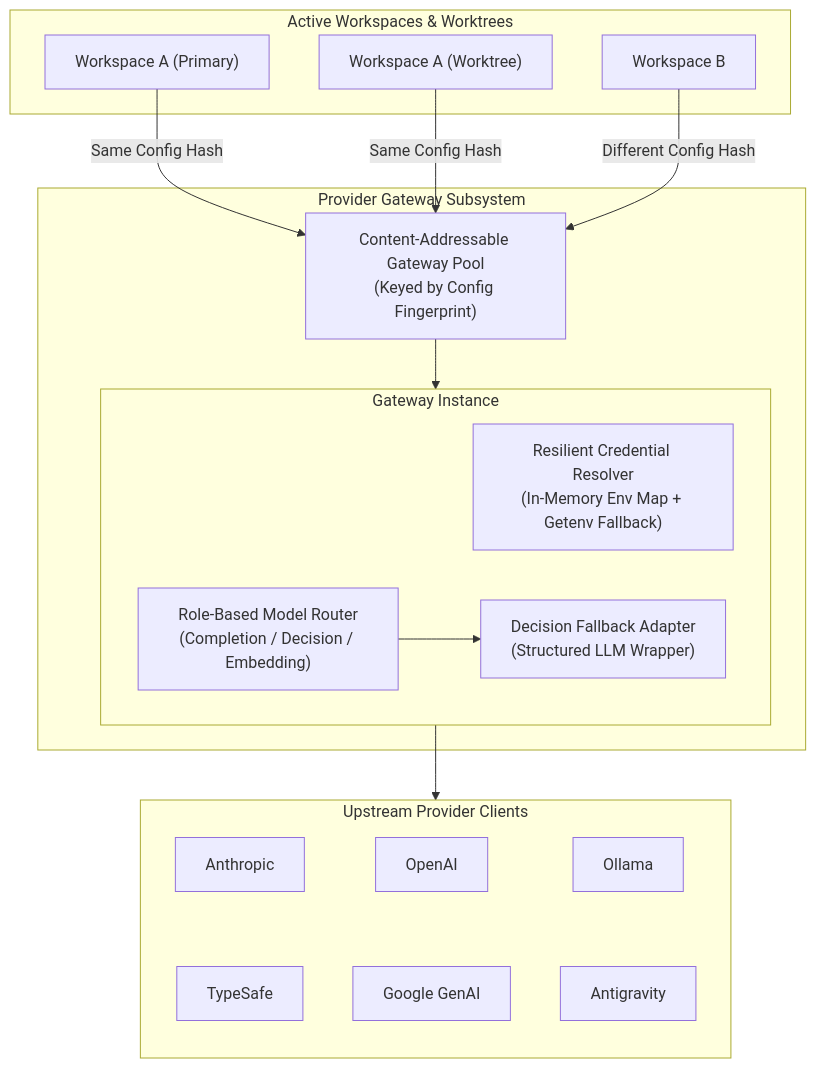
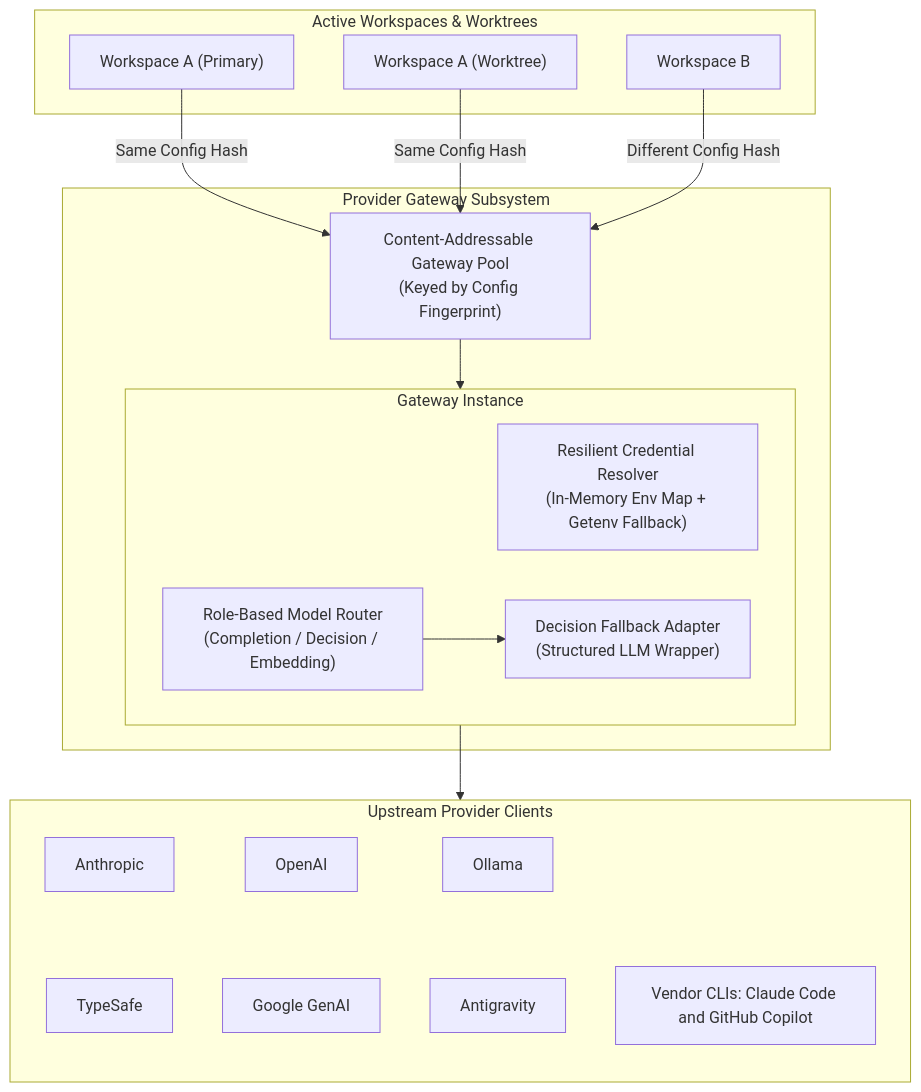
The diagram in docs/architecture/gateway.md (masterkeysrd/tasksmith), drawn with Mermaid before and after one commit. The commit also changed other lines of this file and 51 other files, not shown here.

First line of the commit message:
feat(gateway): add Claude Code and Copilot providers

````diff
--- a/docs/architecture/gateway.md
+++ b/docs/architecture/gateway.md
@@ -9,39 +9,40 @@
 ```mermaid
 flowchart TD
     subgraph Workspaces ["Active Workspaces & Worktrees"]
         WS1["Workspace A (Primary)"]
         WS2["Workspace A (Worktree)"]
         WS3["Workspace B"]
     end
 
     subgraph GatewaySubsystem ["Provider Gateway Subsystem"]
         Pool["Content-Addressable Gateway Pool\n(Keyed by Config Fingerprint)"]
         
         subgraph GatewayInstance ["Gateway Instance"]
             Auth["Resilient Credential Resolver\n(In-Memory Env Map + Getenv Fallback)"]
             Router["Role-Based Model Router\n(Completion / Decision / Embedding)"]
             Adapter["Decision Fallback Adapter\n(Structured LLM Wrapper)"]
         end
 
         Pool --> GatewayInstance
         Router --> Adapter
     end
 
     subgraph Providers ["Upstream Provider Clients"]
         direction TB
         Anthropic["Anthropic"]
         OpenAI["OpenAI"]
         Ollama["Ollama"]
         TypeSafe["TypeSafe"]
         GenAI["Google GenAI"]
         Antigravity["Antigravity"]
+        VendorCLIs["Vendor CLIs: Claude Code and GitHub Copilot"]
 
         Anthropic ~~~ TypeSafe
         OpenAI ~~~ GenAI
         Ollama ~~~ Antigravity
     end
 
     WS1 & WS2 -->|Same Config Hash| Pool
     WS3 -->|Different Config Hash| Pool
     GatewayInstance --> Providers
 ```
````
